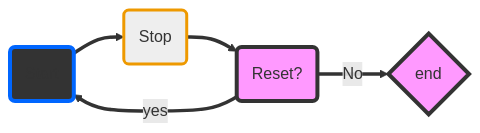
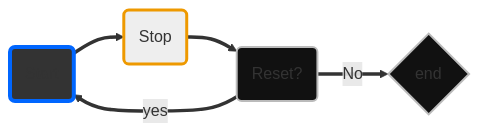
One commit to PanGalacticTech/ISOpower changed the third of 3 diagrams in Documentation/diagram_with_mermaid.md. Above: the diagram before and after it, drawn with Mermaid.

````diff
--- a/Documentation/diagram_with_mermaid.md
+++ b/Documentation/diagram_with_mermaid.md
@@ -46,13 +46,13 @@
 ```mermaid
 graph LR
 %% This is a comment 
 A(Start):::darkBlue ==>B(Stop):::brightOrange;
 B(Stop) ==> C(Reset?);
 C(Reset?) == yes ==> A;
 C(Reset?) == No ==>D{end}
 
 classDef darkBlue fill:#333,stroke:#06f,stroke-width:4px;
 classDef brightOrange fill:#eee,stroke:#e90,stroke-width:3px;
-classDef default fill:#f9f,stroke:#333,stroke-width:4px;
+classDef default fill:#111,stroke:#bbb,stroke-width:2px;
 %%class nodeId1, nodeId2 darkBlue;
 ```
````
